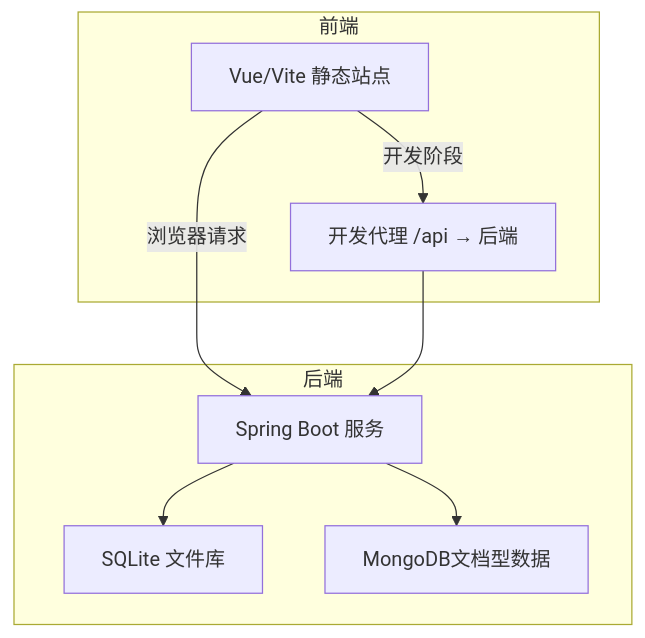
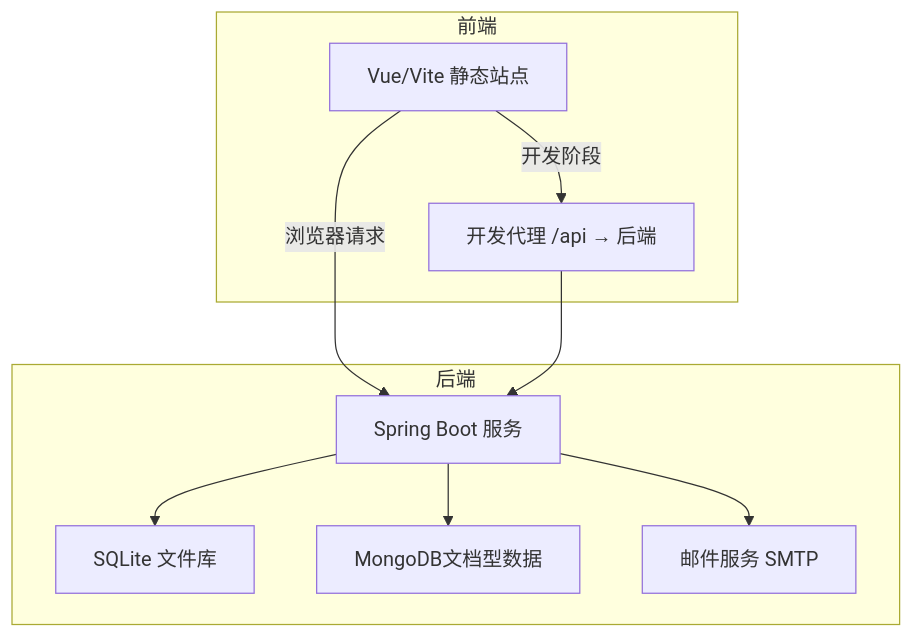
Before and after one commit to huangman881112/aiforip: the first of 5 diagrams in .qoder/repowiki/zh/content/部署与配置/部署与配置.md, drawn with Mermaid. The commit also changed other lines of this file and 98 other files, not shown here.

````diff
--- a/.qoder/repowiki/zh/content/部署与配置/部署与配置.md
+++ b/.qoder/repowiki/zh/content/部署与配置/部署与配置.md
@@ -44,17 +55,19 @@
 ```mermaid
 graph TB
 subgraph "前端"
 FE["Vue/Vite 静态站点"]
 Proxy["开发代理 /api → 后端"]
 end
 subgraph "后端"
 API["Spring Boot 服务"]
 DB["SQLite 文件库"]
 MONGO["MongoDB文档型数据"]
+MAIL["邮件服务 SMTP"]
 end
 FE --> |浏览器请求| API
 FE --> |开发阶段| Proxy
 Proxy --> API
 API --> DB
 API --> MONGO
+API --> MAIL
 ```
````
